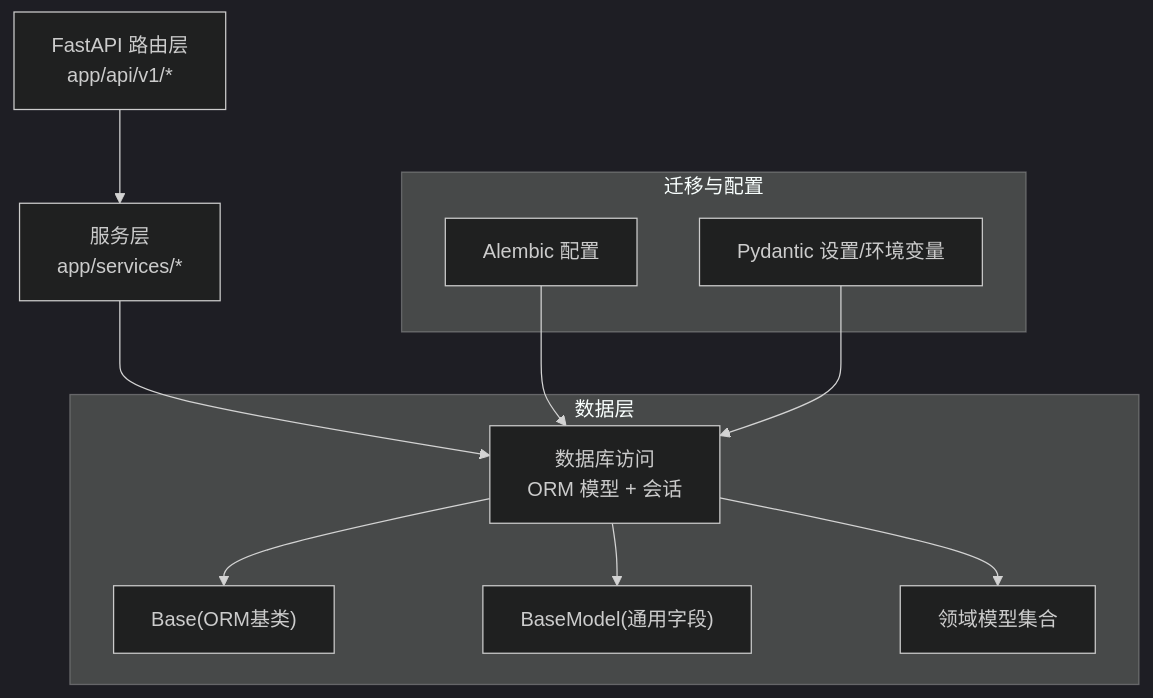
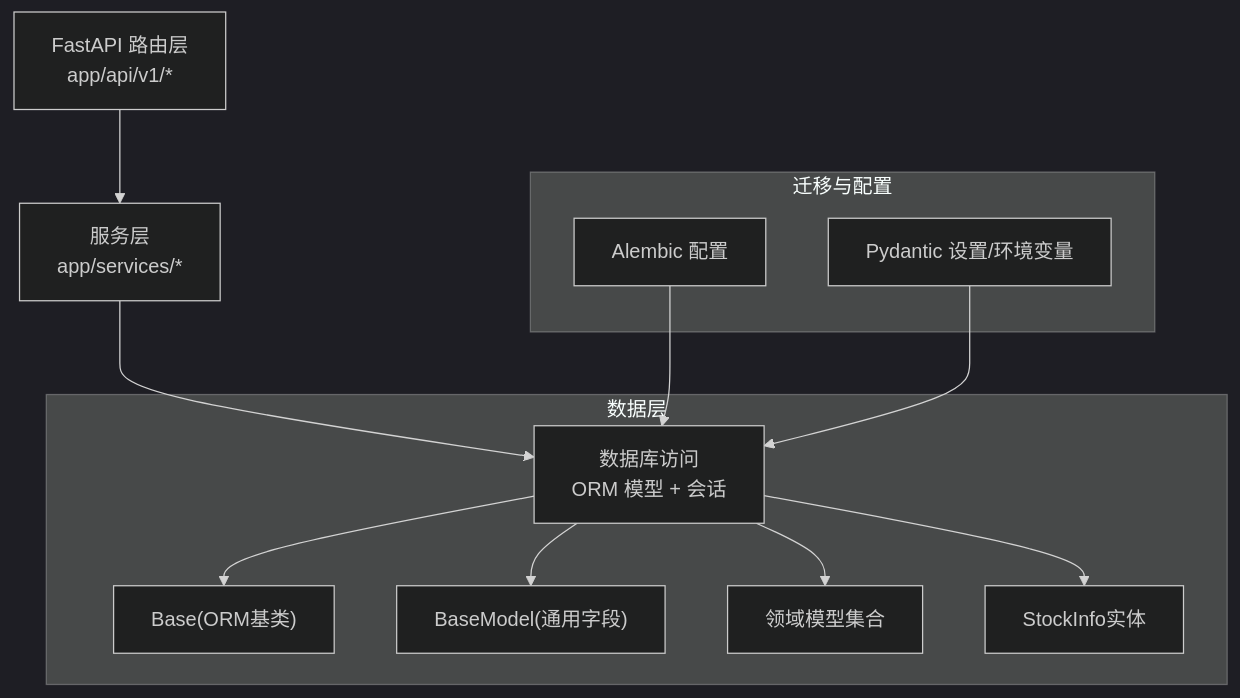
The second of 16 diagrams in .qoder/repowiki/zh/content/系统架构/数据架构.md (javelin-dot/llmine-quant), drawn with Mermaid (dark theme) before and after one commit. The commit also changed other lines of this file and 19 other files, not shown here.

````diff
--- a/.qoder/repowiki/zh/content/系统架构/数据架构.md
+++ b/.qoder/repowiki/zh/content/系统架构/数据架构.md
@@ -131,16 +149,17 @@
 ```mermaid
 graph TB
 API["FastAPI 路由层<br/>app/api/v1/*"] --> SVC["服务层<br/>app/services/*"]
 SVC --> DB["数据库访问<br/>ORM 模型 + 会话"]
 subgraph "数据层"
 DB --> BASE["Base(ORM基类)"]
 DB --> BASECLS["BaseModel(通用字段)"]
 DB --> MODELS["领域模型集合"]
+DB --> STOCKINFO["StockInfo实体"]
 end
 subgraph "迁移与配置"
 ALEMBIC["Alembic 配置"]
 CONF["Pydantic 设置/环境变量"]
 end
 ALEMBIC --> DB
 CONF --> DB
 ```
````
